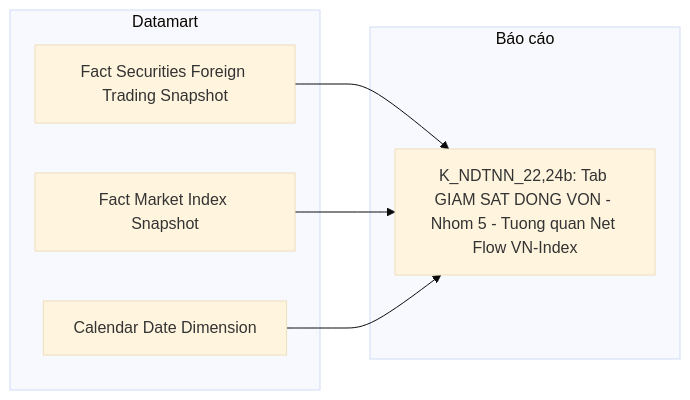
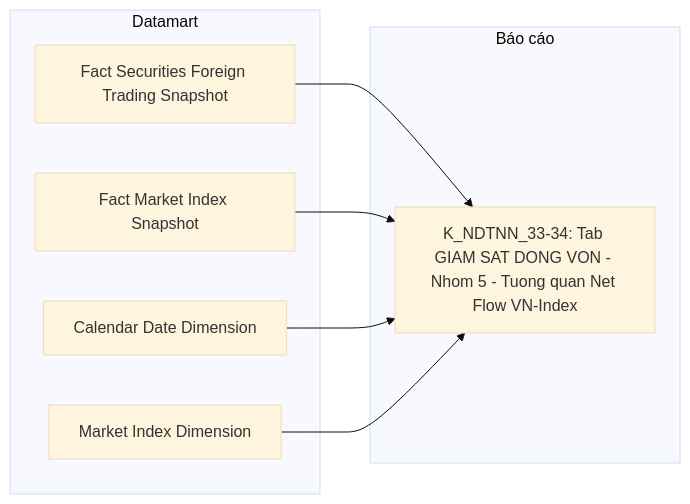
One commit to linhlvit/ubck_atomic_design changed diagram 13 of 26 in Datamart/hld/DTM_NDTNN_HLD.md. Above: the diagram before and after it, drawn with Mermaid (base theme). The commit also changed other lines of this file and 62 other files, not shown here.

````diff
--- a/Datamart/hld/DTM_NDTNN_HLD.md
+++ b/Datamart/hld/DTM_NDTNN_HLD.md
@@ -602,14 +649,16 @@
 ```mermaid
 flowchart LR
     subgraph Datamart["Datamart"]
         G1["Fact Securities Foreign Trading Snapshot"]
         G2["Fact Market Index Snapshot"]
         G3["Calendar Date Dimension"]
+        G4["Market Index Dimension"]
     end
     subgraph RPT["Báo cáo"]
-        R1["K_NDTNN_22,24b: Tab GIAM SAT DONG VON - Nhom 5 - Tuong quan Net Flow VN-Index"]
+        R1["K_NDTNN_33-34: Tab GIAM SAT DONG VON - Nhom 5 - Tuong quan Net Flow VN-Index"]
     end
     G1 --> R1
     G2 --> R1
     G3 --> R1
+    G4 --> R1
 ```
````
